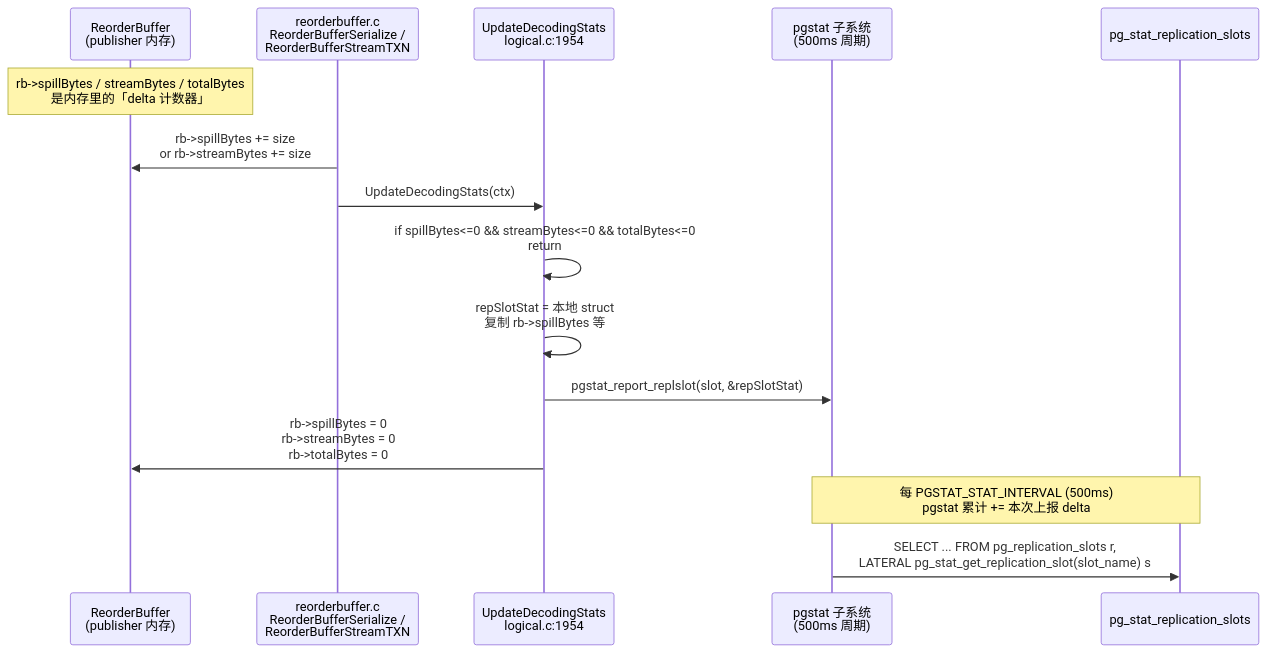
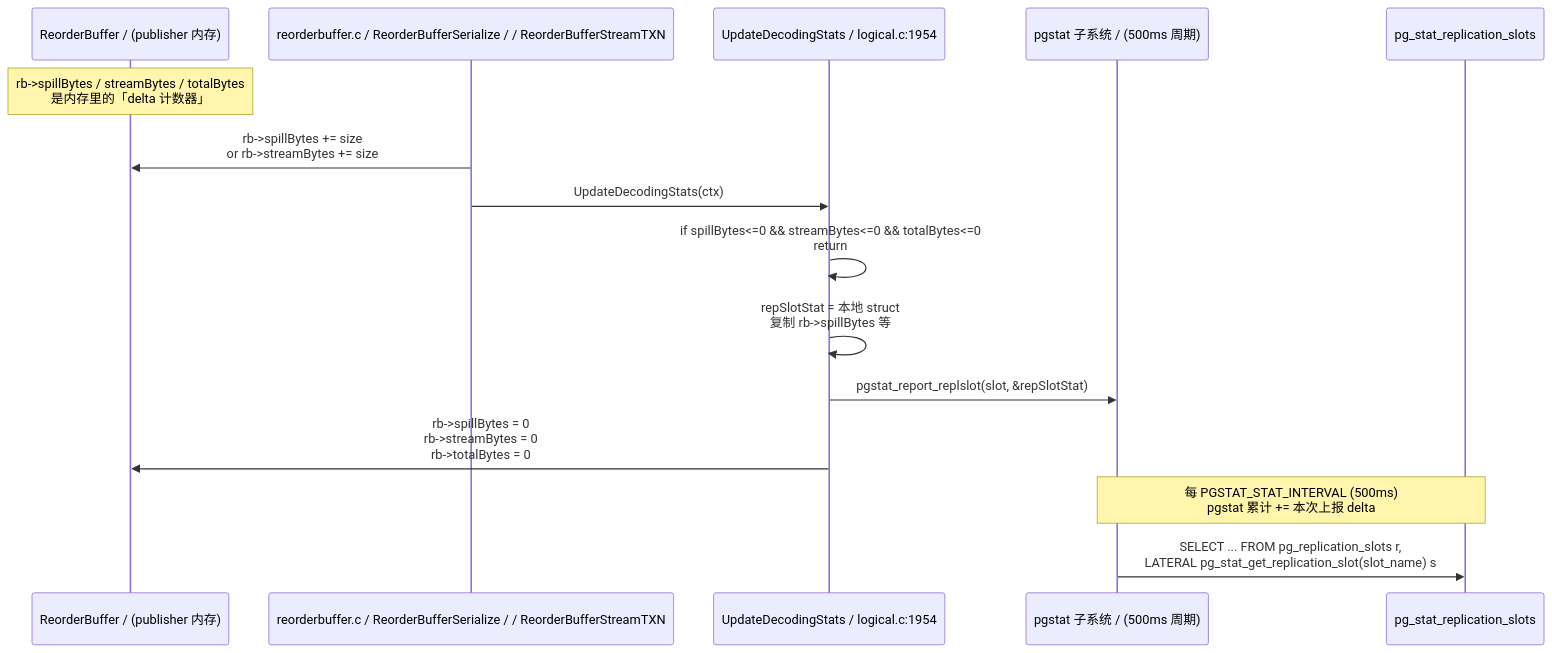
The third of 10 diagrams in docs/database/postgresql-logical-replication-monitoring/index.md (growdu/blog), drawn with Mermaid before and after one commit. The commit also changed other lines of this file and 1 other file, not shown here.

First line of the commit message:
fix(database): fix mermaid diagrams not rendering in 2 logical-replication articles

````diff
--- a/docs/database/postgresql-logical-replication-monitoring/index.md
+++ b/docs/database/postgresql-logical-replication-monitoring/index.md
@@ -323,19 +323,19 @@
 ```mermaid
 sequenceDiagram
-  participant RB as ReorderBuffer<br/>(publisher 内存)
-  participant RBAPI as reorderbuffer.c<br/>ReorderBufferSerialize /<br/>ReorderBufferStreamTXN
-  participant Upd as UpdateDecodingStats<br/>logical.c:1954
-  participant PgStat as pgstat 子系统<br/>(500ms 周期)
+  participant RB as ReorderBuffer / (publisher 内存)
+  participant RBAPI as reorderbuffer.c / ReorderBufferSerialize / / ReorderBufferStreamTXN
+  participant Upd as UpdateDecodingStats / logical.c:1954
+  participant PgStat as pgstat 子系统 / (500ms 周期)
   participant View as pg_stat_replication_slots
 
   Note over RB: rb->spillBytes / streamBytes / totalBytes<br/>是内存里的「delta 计数器」
   RBAPI->>RB: rb->spillBytes += size<br/>or rb->streamBytes += size
   RBAPI->>Upd: UpdateDecodingStats(ctx)
   Upd->>Upd: if spillBytes<=0 && streamBytes<=0 && totalBytes<=0<br/>return
   Upd->>Upd: repSlotStat = 本地 struct<br>复制 rb->spillBytes 等
   Upd->>PgStat: pgstat_report_replslot(slot, &repSlotStat)
   Upd->>RB: rb->spillBytes = 0<br/>rb->streamBytes = 0<br/>rb->totalBytes = 0
 
   Note over PgStat,View: 每 PGSTAT_STAT_INTERVAL (500ms)<br/>pgstat 累计 += 本次上报 delta
   PgStat->>View: SELECT ... FROM pg_replication_slots r,<br/>LATERAL pg_stat_get_replication_slot(slot_name) s
 ```
````
